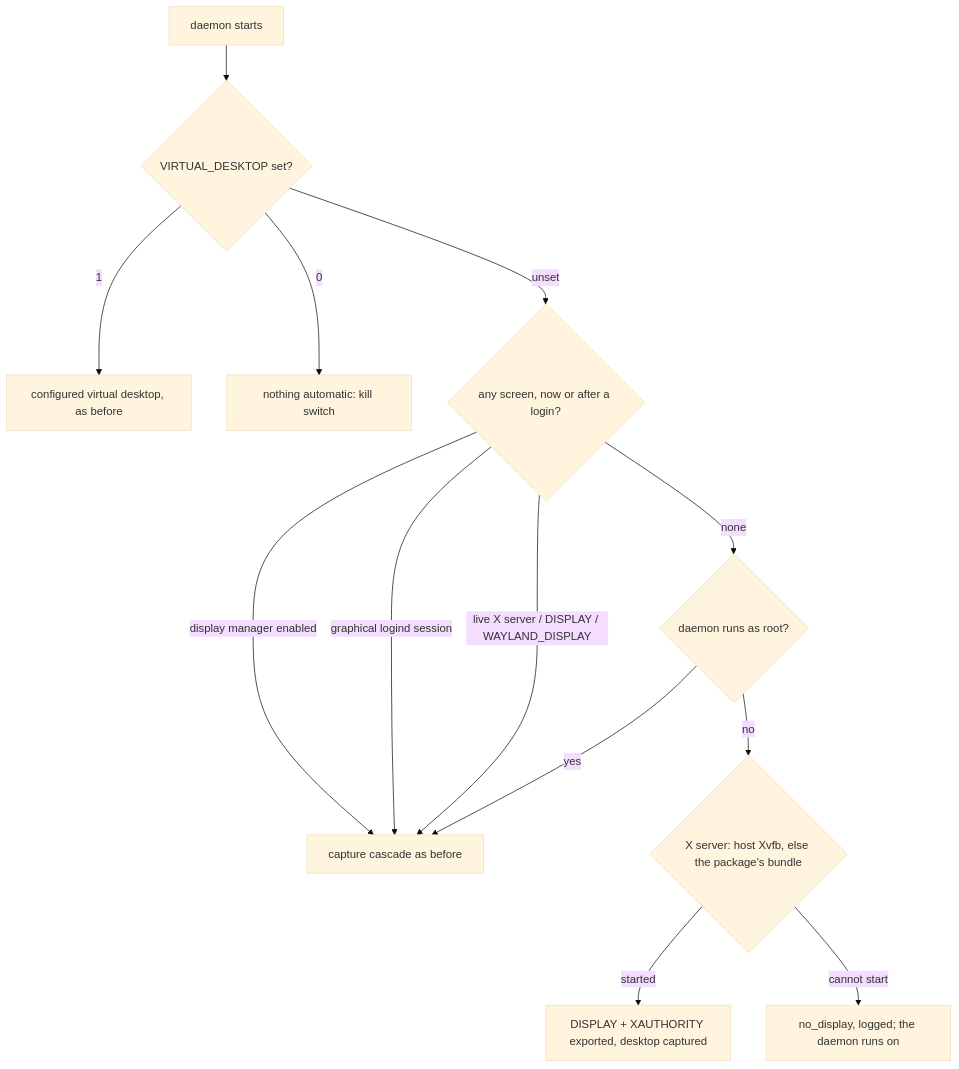
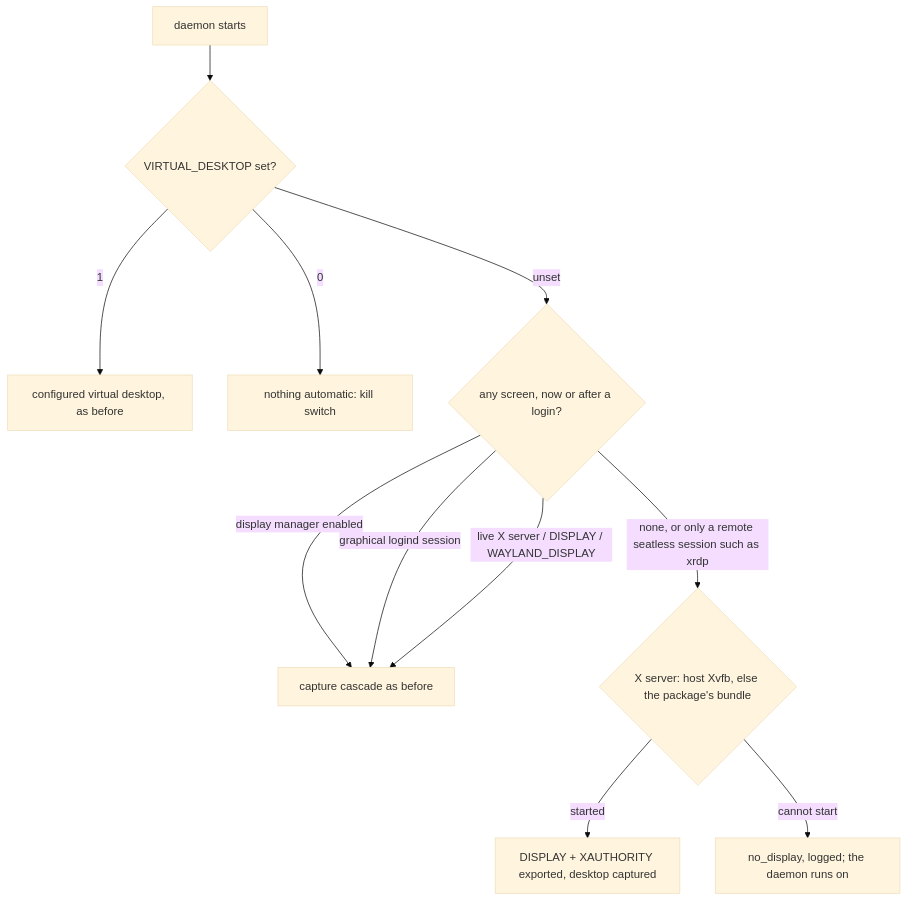
Before and after one commit to jk-zhang-meta/MeshHarbor: the ninth of 25 diagrams in docs/remote-control.md, drawn with Mermaid (base theme). The commit also changed other lines of this file and 3 other files, not shown here.

First line of the commit message:
feat(agent): FR-120 — root daemons get the automatic desktop; xrdp is no screen

````diff
--- a/docs/remote-control.md
+++ b/docs/remote-control.md
@@ -684,15 +684,13 @@
 ```mermaid
 flowchart TD
     S[daemon starts] --> E{VIRTUAL_DESKTOP set?}
     E -->|1| CFG[configured virtual desktop, as before]
     E -->|0| OFF[nothing automatic: kill switch]
     E -->|unset| F{any screen, now or after a login?}
     F -->|display manager enabled| N[capture cascade as before]
     F -->|graphical logind session| N
     F -->|live X server / DISPLAY / WAYLAND_DISPLAY| N
-    F -->|none| R{daemon runs as root?}
-    R -->|yes| N
-    R -->|no| X{X server: host Xvfb, else the package's bundle}
+    F -->|none, or only a remote seatless session such as xrdp| X{X server: host Xvfb, else the package's bundle}
     X -->|started| VD[DISPLAY + XAUTHORITY exported, desktop captured]
     X -->|cannot start| ND[no_display, logged; the daemon runs on]
 ```
````
